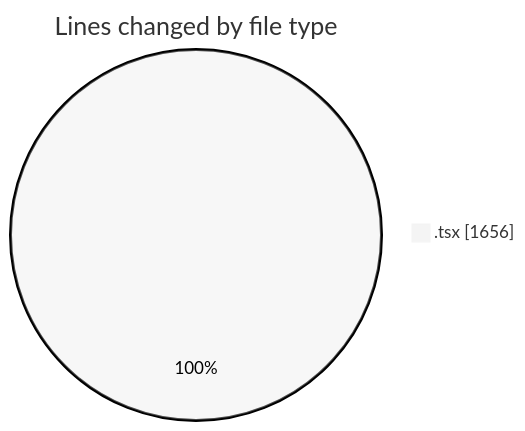
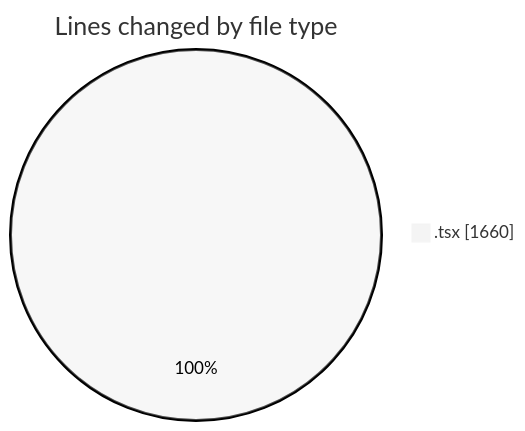
One commit to momahboobian/code-tracking changed the first of 2 diagrams in 2025-09-30/cda/README.md. Above: the diagram before and after it, drawn with Mermaid (neutral theme). The commit also changed other lines of this file and 1 other file, not shown here.

````diff
--- a/2025-09-30/cda/README.md
+++ b/2025-09-30/cda/README.md
@@ -21,5 +21,5 @@
 ```mermaid
 pie showData
 title Lines changed by file type
-".tsx" : 1656
+".tsx" : 1660
 ```
````
